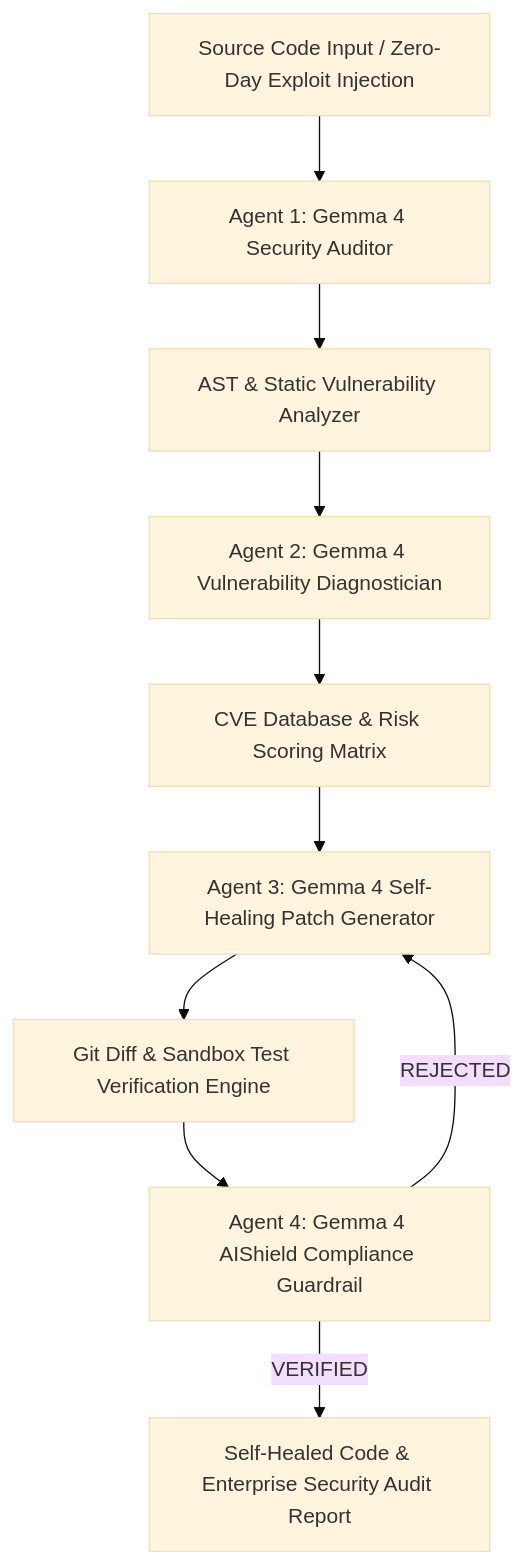
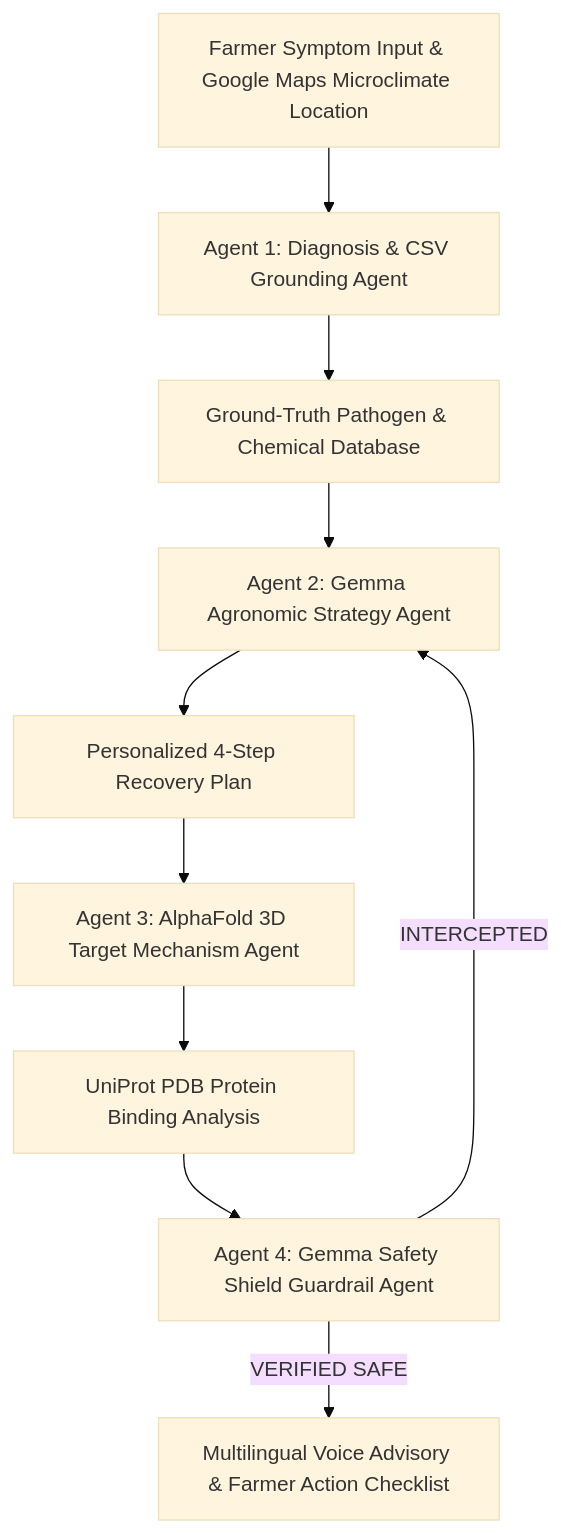
Before and after one commit to ChadLadder/Agri-Sentinel-app: the diagram in README.md, drawn with Mermaid (base theme). The commit also changed other lines of this file, not shown here.

Commit message:
Restore README.md to AgriGemma Swarm project documentation

````diff
--- a/README.md
+++ b/README.md
@@ -15,12 +15,12 @@
 ```mermaid
 graph TD
-    A[Source Code Input / Zero-Day Exploit Injection] --> B[Agent 1: Gemma 4 Security Auditor]
-    B --> C[AST & Static Vulnerability Analyzer]
-    C --> D[Agent 2: Gemma 4 Vulnerability Diagnostician]
-    D --> E[CVE Database & Risk Scoring Matrix]
-    E --> F[Agent 3: Gemma 4 Self-Healing Patch Generator]
-    F --> G[Git Diff & Sandbox Test Verification Engine]
-    G --> H[Agent 4: Gemma 4 AIShield Compliance Guardrail]
-    H -->|VERIFIED| I[Self-Healed Code & Enterprise Security Audit Report]
-    H -->|REJECTED| F
+    A[Farmer Symptom Input & Google Maps Microclimate Location] --> B[Agent 1: Diagnosis & CSV Grounding Agent]
+    B --> C[Ground-Truth Pathogen & Chemical Database]
+    C --> D[Agent 2: Gemma Agronomic Strategy Agent]
+    D --> E[Personalized 4-Step Recovery Plan]
+    E --> F[Agent 3: AlphaFold 3D Target Mechanism Agent]
+    F --> G[UniProt PDB Protein Binding Analysis]
+    G --> H[Agent 4: Gemma Safety Shield Guardrail Agent]
+    H -->|VERIFIED SAFE| I[Multilingual Voice Advisory & Farmer Action Checklist]
+    H -->|INTERCEPTED| D
 ```
````
